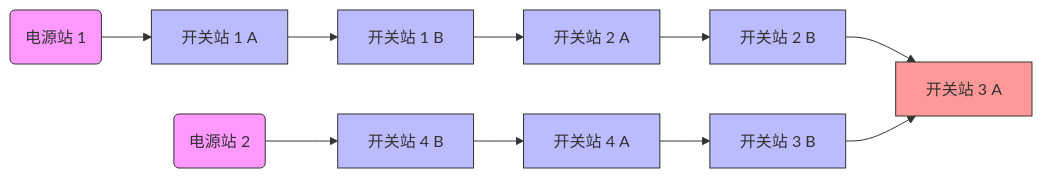
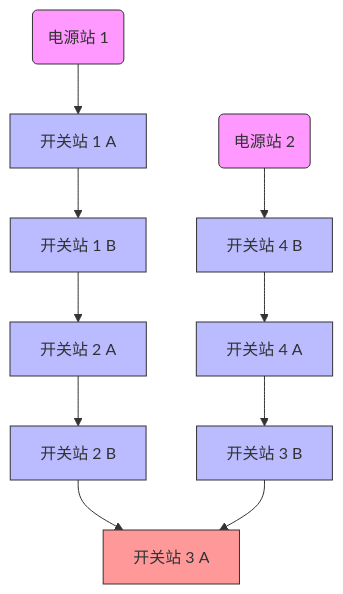
The first of 3 diagrams in docs/Page/TEST.md (guhaochong/Cloudflare-JinShan-RelayProtection), drawn with Mermaid before and after one commit. The commit also changed other lines of this file and 3 other files, not shown here.

````diff
--- a/docs/Page/TEST.md
+++ b/docs/Page/TEST.md
@@ -8,24 +8,24 @@
 ```mermaid
-graph LR
+graph TD
     PS1(电源站 1) --> SS1A[开关站 1 A]
     SS1A --> SS1B[开关站 1 B]
     SS1B --> SS2A[开关站 2 A]
     SS2A --> SS2B[开关站 2 B]
     SS2B --> SS3A
     
     PS2(电源站 2) --> SS4B[开关站 4 B]
      SS4B --> SS4A[开关站 4 A]
      SS4A --> SS3B[开关站 3 B]
      SS3B --> SS3A[开关站 3 A]
 
     style PS1 fill:#f9f,stroke:#333
     style PS2 fill:#f9f,stroke:#333
     style SS1A fill:#bbf,stroke:#333
     style SS1B fill:#bbf,stroke:#333
     style SS2A fill:#bbf,stroke:#333
     style SS2B fill:#bbf,stroke:#333
     style SS3A fill:#ff9999,stroke:#333
     style SS3B fill:#bbf,stroke:#333
     style SS4A fill:#bbf,stroke:#333
     style SS4B fill:#bbf,stroke:#333
 ```
````
